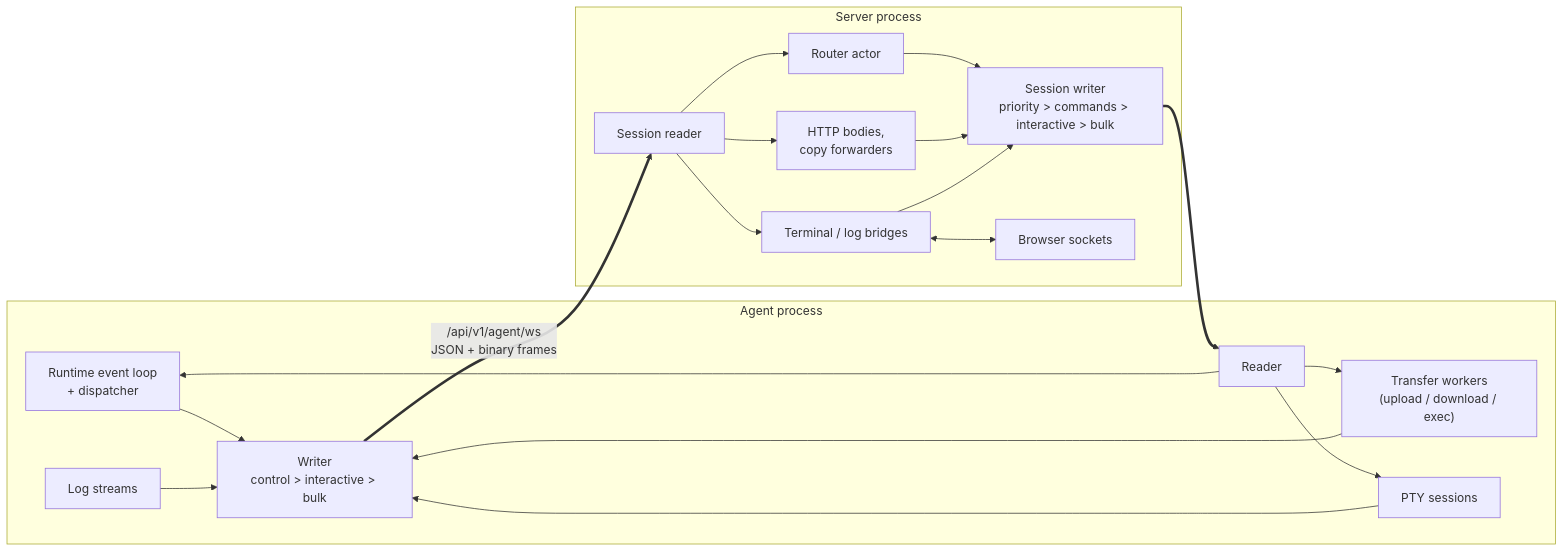
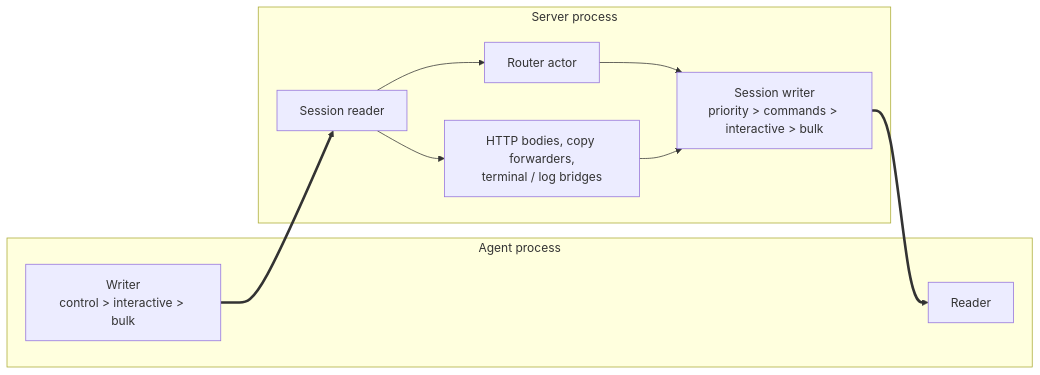
The third of 3 diagrams in ARCHITECTURE.md (esamattis/redoor), drawn with Mermaid before and after one commit. The commit also changed other lines of this file, not shown here.

First line of the commit message:
Reduce ARCHITECTURE.md to the high-level design

````diff
--- a/ARCHITECTURE.md
+++ b/ARCHITECTURE.md
@@ -463,37 +139,21 @@
 ```mermaid
 flowchart LR
     subgraph agent["Agent process"]
-        rt["Runtime event loop<br/>+ dispatcher"]
-        workers["Transfer workers<br/>(upload / download / exec)"]
-        pty["PTY sessions"]
-        logs["Log streams"]
         awriter["Writer<br/>control > interactive > bulk"]
         areader["Reader"]
     end
 
     subgraph server["Server process"]
         swriter["Session writer<br/>priority > commands > interactive > bulk"]
         sreader["Session reader"]
         router["Router actor"]
-        consumers["HTTP bodies,<br/>copy forwarders"]
-        bridge["Terminal / log bridges"]
-        browser["Browser sockets"]
+        consumers["HTTP bodies, copy forwarders,<br/>terminal / log bridges"]
     end
 
-    rt --> awriter
-    workers --> awriter
-    pty --> awriter
-    logs --> awriter
-    awriter ==>|"/api/v1/agent/ws<br/>JSON + binary frames"| sreader
+    awriter ==> sreader
     swriter ==> areader
-    areader --> rt
-    areader --> workers
-    areader --> pty
     sreader --> router
     sreader --> consumers
-    sreader --> bridge
     router --> swriter
     consumers --> swriter
-    bridge --> swriter
-    bridge <--> browser
 ```
````
